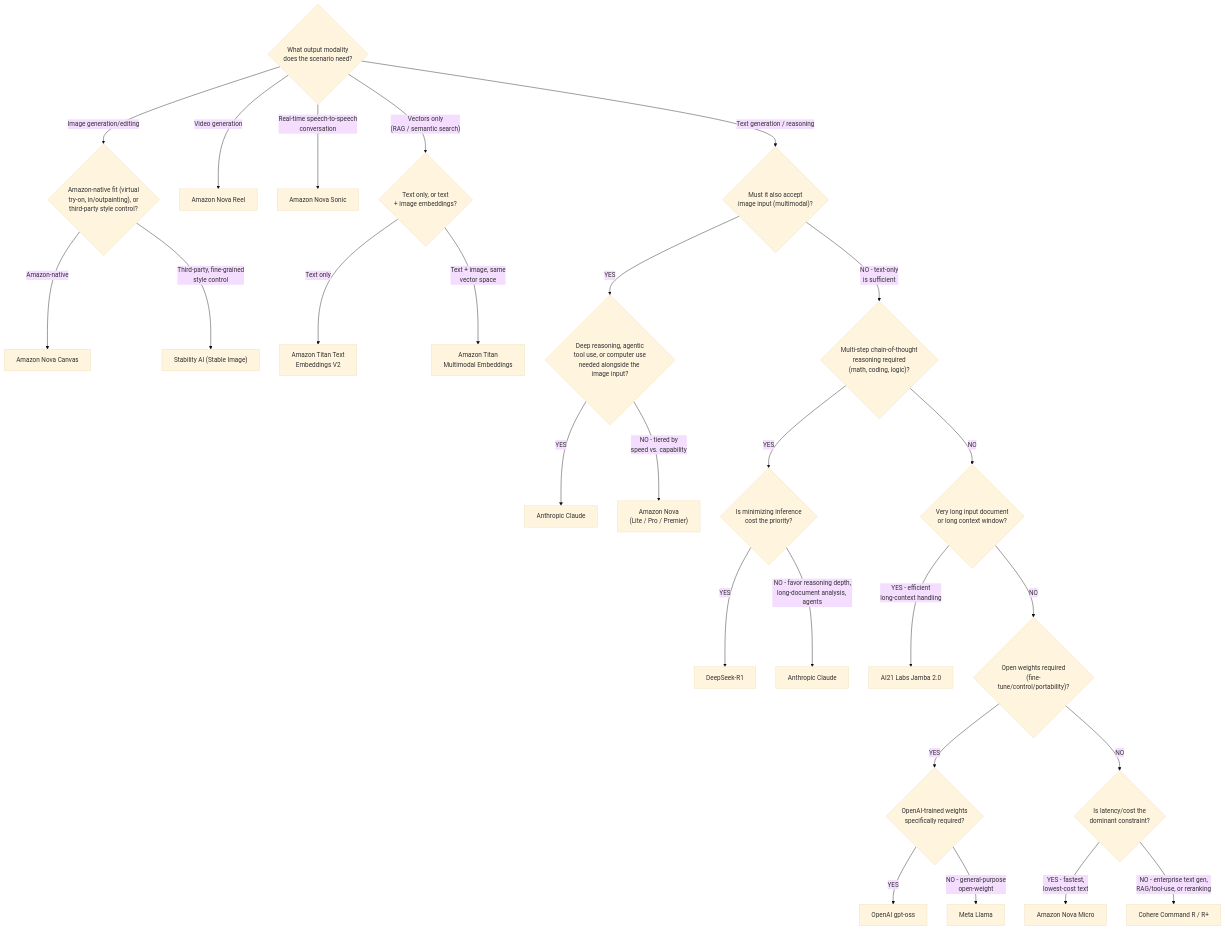
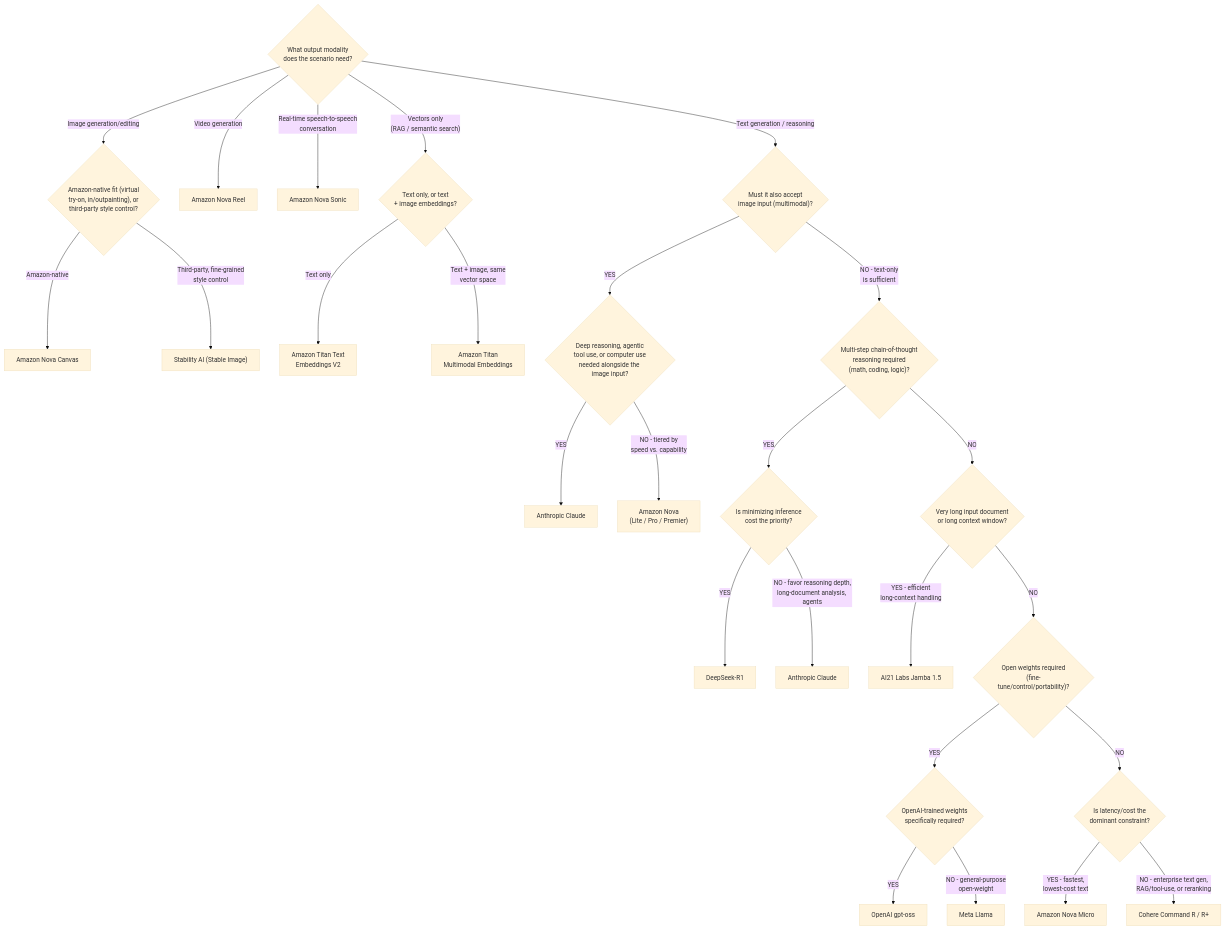
Before and after one commit to ChathurangaVKD/AWS-Certified-AI-Practitioner: the second of 3 diagrams in docs/aws-service-decision-guide.md, drawn with Mermaid (base theme). The commit also changed other lines of this file and 6 other files, not shown here.

````diff
--- a/docs/aws-service-decision-guide.md
+++ b/docs/aws-service-decision-guide.md
@@ -492,29 +504,29 @@
 ```mermaid
 graph TD
     START{"What output modality\ndoes the scenario need?"}
     START -- "Image generation/editing" --> IMG{"Amazon-native fit (virtual\ntry-on, in/outpainting), or\nthird-party style control?"}
     IMG -- "Amazon-native" --> NOVACANVAS["Amazon Nova Canvas"]
     IMG -- "Third-party, fine-grained\nstyle control" --> STABILITY["Stability AI (Stable Image)"]
     START -- "Video generation" --> NOVAREEL["Amazon Nova Reel"]
     START -- "Real-time speech-to-speech\nconversation" --> NOVASONIC["Amazon Nova Sonic"]
     START -- "Vectors only\n(RAG / semantic search)" --> EMBED{"Text only, or text\n+ image embeddings?"}
     EMBED -- "Text only" --> TITANEMBED["Amazon Titan Text\nEmbeddings V2"]
     EMBED -- "Text + image, same\nvector space" --> TITANMM["Amazon Titan\nMultimodal Embeddings"]
     START -- "Text generation / reasoning" --> MODALITY{"Must it also accept\nimage input (multimodal)?"}
     MODALITY -- "YES" --> MMDEPTH{"Deep reasoning, agentic\ntool use, or computer use\nneeded alongside the image input?"}
     MMDEPTH -- "YES" --> CLAUDE["Anthropic Claude"]
     MMDEPTH -- "NO - tiered by\nspeed vs. capability" --> NOVATIER["Amazon Nova\n(Lite / Pro / Premier)"]
     MODALITY -- "NO - text-only\nis sufficient" --> REASON{"Multi-step chain-of-thought\nreasoning required\n(math, coding, logic)?"}
     REASON -- "YES" --> REASONCOST{"Is minimizing inference\ncost the priority?"}
     REASONCOST -- "YES" --> DEEPSEEK["DeepSeek-R1"]
     REASONCOST -- "NO - favor reasoning depth,\nlong-document analysis, agents" --> CLAUDE2["Anthropic Claude"]
     REASON -- "NO" --> CONTEXT{"Very long input document\nor long context window?"}
-    CONTEXT -- "YES - efficient\nlong-context handling" --> JAMBA["AI21 Labs Jamba 2.0"]
+    CONTEXT -- "YES - efficient\nlong-context handling" --> JAMBA["AI21 Labs Jamba 1.5"]
     CONTEXT -- "NO" --> OPENWEIGHT{"Open weights required\n(fine-tune/control/portability)?"}
     OPENWEIGHT -- "YES" --> OWPROVIDER{"OpenAI-trained weights\nspecifically required?"}
     OWPROVIDER -- "YES" --> GPTOSS["OpenAI gpt-oss"]
     OWPROVIDER -- "NO - general-purpose\nopen-weight" --> LLAMA["Meta Llama"]
     OPENWEIGHT -- "NO" --> LATENCY{"Is latency/cost the\ndominant constraint?"}
     LATENCY -- "YES - fastest,\nlowest-cost text" --> NOVAMICRO["Amazon Nova Micro"]
     LATENCY -- "NO - enterprise text gen,\nRAG/tool-use, or reranking" --> COHERE["Cohere Command R / R+"]
 ```
````
